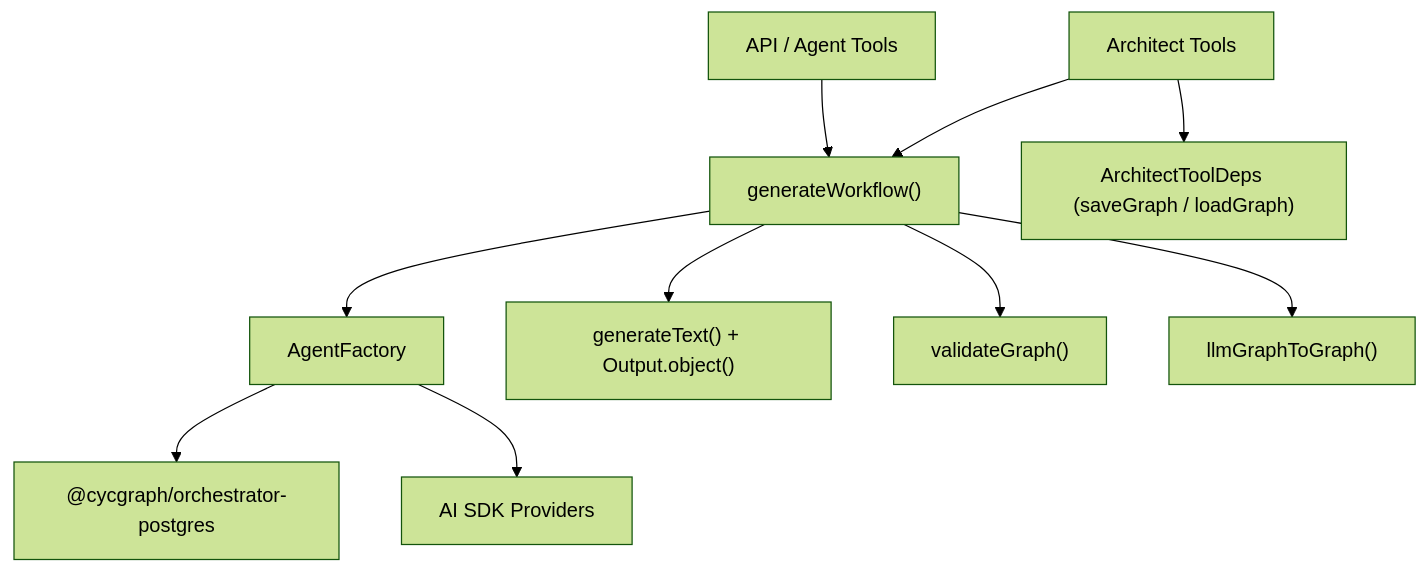
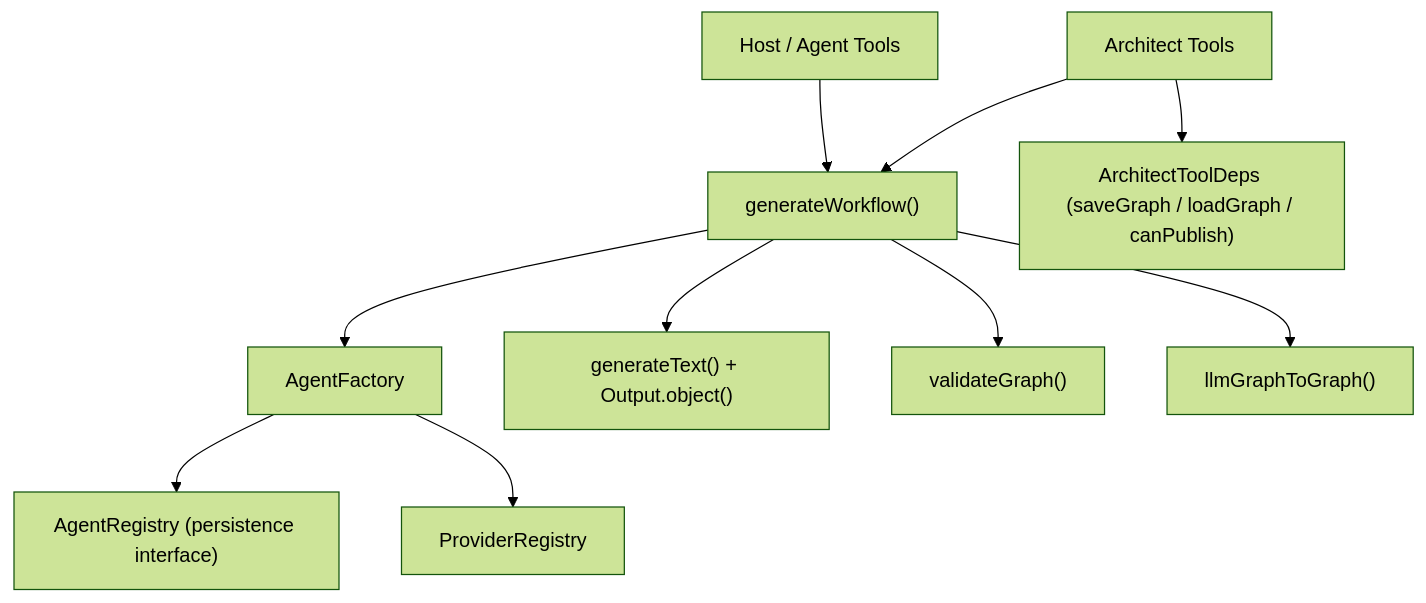
Before and after one commit to wmcmahan/cycgraph: the first of 3 diagrams in packages/orchestrator/src/architect/README.md, drawn with Mermaid (forest theme). The commit also changed other lines of this file and 37 other files, not shown here.

````diff
--- a/packages/orchestrator/src/architect/README.md
+++ b/packages/orchestrator/src/architect/README.md
@@ -39,12 +39,12 @@
 ```mermaid
 graph TD
-    API["API / Agent Tools"] --> GW["generateWorkflow()"]
+    API["Host / Agent Tools"] --> GW["generateWorkflow()"]
     GW --> AF["AgentFactory"]
-    AF --> DB["@cycgraph/orchestrator-postgres"]
-    AF --> SDK["AI SDK Providers"]
+    AF --> REG["AgentRegistry (persistence interface)"]
+    AF --> PR["ProviderRegistry"]
     GW --> GT["generateText() + Output.object()"]
     GW --> VG["validateGraph()"]
     GW --> CONV["llmGraphToGraph()"]
     TOOLS["Architect Tools"] --> GW
-    TOOLS --> DEPS["ArchitectToolDeps (saveGraph / loadGraph)"]
+    TOOLS --> DEPS["ArchitectToolDeps (saveGraph / loadGraph / canPublish)"]
 ```
````
